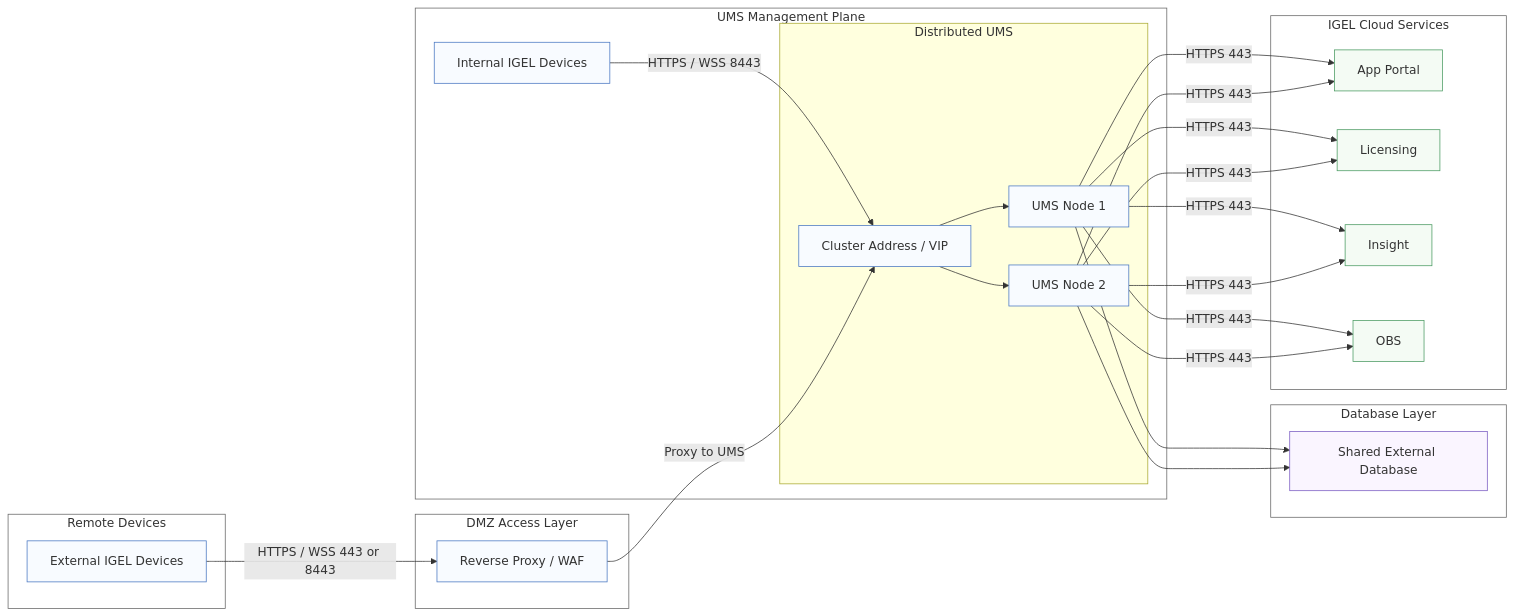
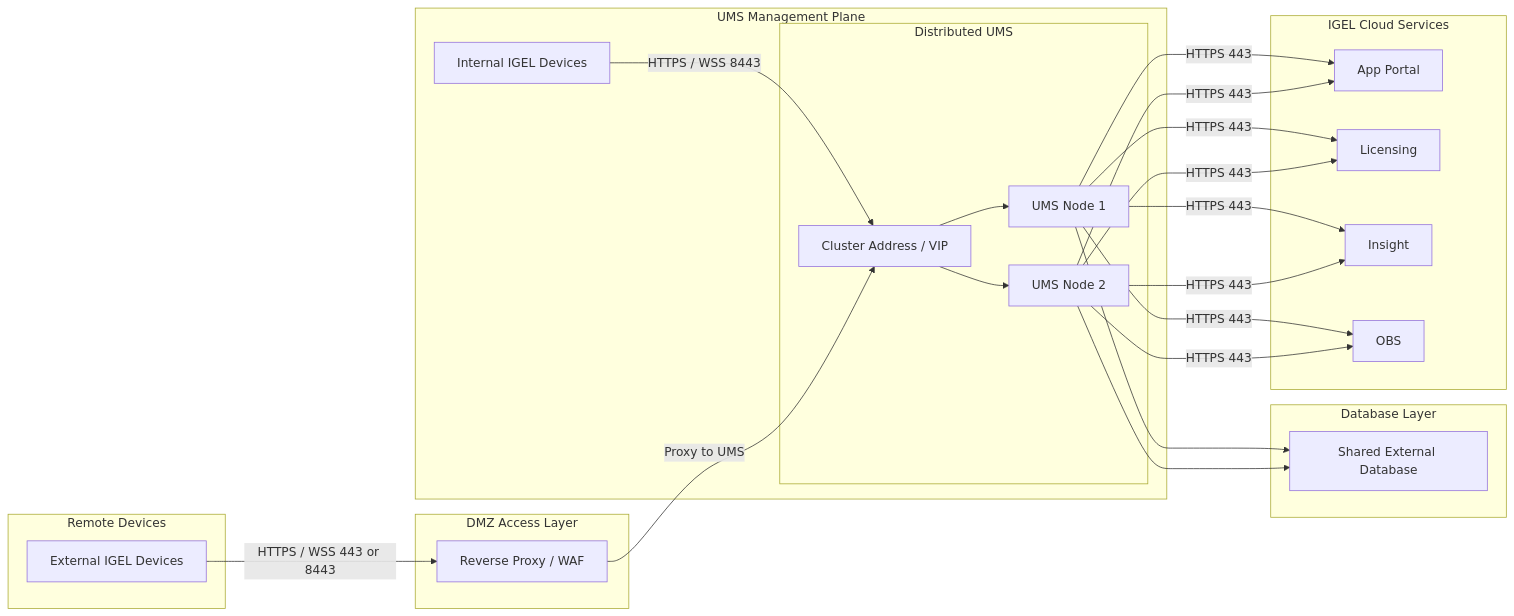
The fourth of 9 diagrams in docs/Docs/HOWTO-Basic-Setup-Guide.md (IGEL-Community/IGEL-Docs-v02), drawn with Mermaid before and after one commit. The commit also changed other lines of this file, not shown here.

Commit message:
updated chatgpt mermaid styles updated chatgpt mermaid styles

````diff
--- a/docs/Docs/HOWTO-Basic-Setup-Guide.md
+++ b/docs/Docs/HOWTO-Basic-Setup-Guide.md
@@ -393,65 +385,61 @@
 ```mermaid
 flowchart LR
 
     %% ZONES
     subgraph REMOTE["Remote Devices"]
         RD["External IGEL Devices"]
     end
 
     subgraph DMZ["DMZ Access Layer"]
         RP["Reverse Proxy / WAF"]
     end
 
     subgraph CORE["UMS Management Plane"]
         ID["Internal IGEL Devices"]
 
         subgraph UMS["Distributed UMS"]
             VIP["Cluster Address / VIP"]
             U1["UMS Node 1"]
             U2["UMS Node 2"]
         end
     end
 
     subgraph DATA["Database Layer"]
         DB["Shared External Database"]
     end
 
     subgraph CLOUD["IGEL Cloud Services"]
         AP["App Portal"]
         LIC["Licensing"]
         INS["Insight"]
         OBS["OBS"]
     end
 
     %% FLOWS
     ID -->|"HTTPS / WSS 8443"| VIP
     RD -->|"HTTPS / WSS 443 or 8443"| RP
     RP -->|"Proxy to UMS"| VIP
 
     VIP --> U1
     VIP --> U2
 
     U1 --> DB
     U2 --> DB
 
     U1 -->|"HTTPS 443"| AP
     U1 -->|"HTTPS 443"| LIC
     U1 -->|"HTTPS 443"| INS
     U1 -->|"HTTPS 443"| OBS
 
     U2 -->|"HTTPS 443"| AP
     U2 -->|"HTTPS 443"| LIC
     U2 -->|"HTTPS 443"| INS
     U2 -->|"HTTPS 443"| OBS
 
     %% STYLING
-    classDef zone fill:#ffffff,stroke:#666,stroke-width:1px;
-    classDef plane fill:#f8fbff,stroke:#4a78c2,stroke-width:1px;
-    classDef data fill:#faf5ff,stroke:#7a5cc2,stroke-width:1px;
-    classDef cloud fill:#f4fbf4,stroke:#4b9b63,stroke-width:1px;
 
     class REMOTE,DMZ,CORE,DATA,CLOUD zone;
     class RD,RP,ID,VIP,U1,U2 plane;
     class DB data;
     class AP,LIC,INS,OBS cloud;
 ```
````
